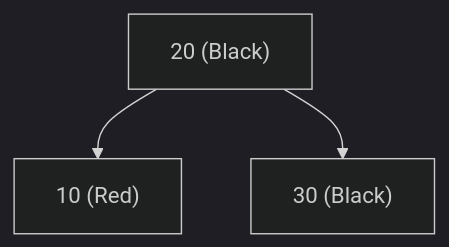
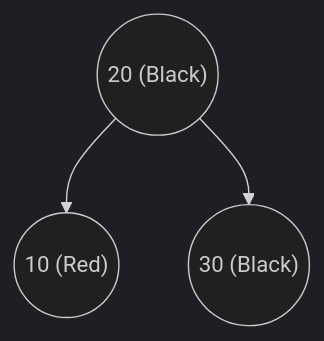
Before and after one commit to imdeepmind/imdeepmind.github.io: the third of 31 diagrams in docs/data-structure-and-algorithms/data-structures/tree/search-tree/self-balancing-bst/red-black.md, drawn with Mermaid (dark theme). The commit also changed other lines of this file, not shown here.

Commit message:
docs(tree): IMDEEPMIND-32: added docs for red black tree

````diff
--- a/docs/data-structure-and-algorithms/data-structures/tree/search-tree/self-balancing-bst/red-black.md
+++ b/docs/data-structure-and-algorithms/data-structures/tree/search-tree/self-balancing-bst/red-black.md
@@ -78,6 +78,6 @@
 ```mermaid
 graph TD
-    A["20 (Black)"]
-    A --> B["10 (Red)"]
-    A --> C["30 (Black)"]
+    A(("20 (Black)"))
+    A --> B(("10 (Red)"))
+    A --> C(("30 (Black)"))
 ```
````
